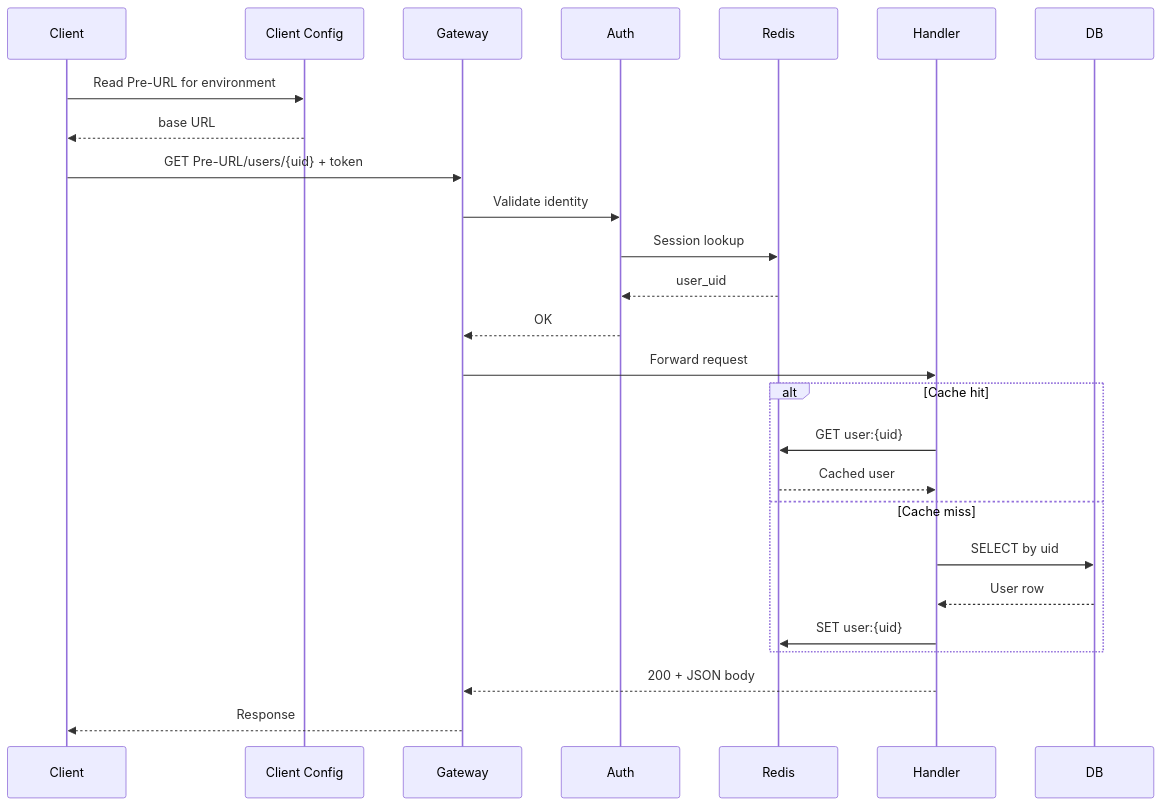
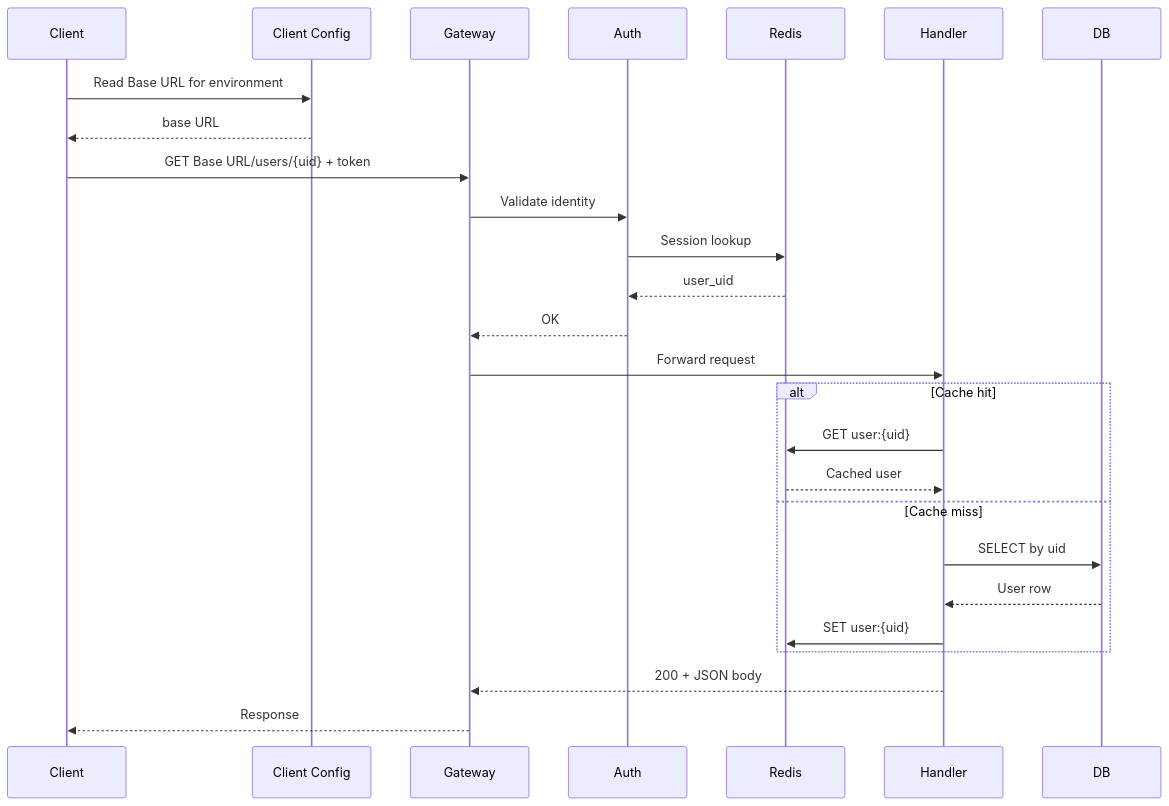
One commit to RohanYadav1812/system-design changed diagram 13 of 17 in HLD/HLD-LLD-Complete-Document.md. Above: the diagram before and after it, drawn with Mermaid. The commit also changed other lines of this file, not shown here.

Commit message:
Document pre-signed URLs, S3/Azure Blob usage, and Base URL distinction in HLD/LLD doc

````diff
--- a/HLD/HLD-LLD-Complete-Document.md
+++ b/HLD/HLD-LLD-Complete-Document.md
@@ -634,29 +802,29 @@
 ```mermaid
 sequenceDiagram
     participant Client
     participant Config as Client Config
     participant Gateway
     participant Auth
     participant Redis
     participant Handler
     participant DB
 
-    Client->>Config: Read Pre-URL for environment
+    Client->>Config: Read Base URL for environment
     Config-->>Client: base URL
-    Client->>Gateway: GET Pre-URL/users/{uid} + token
+    Client->>Gateway: GET Base URL/users/{uid} + token
     Gateway->>Auth: Validate identity
     Auth->>Redis: Session lookup
     Redis-->>Auth: user_uid
     Auth-->>Gateway: OK
     Gateway->>Handler: Forward request
     alt Cache hit
         Handler->>Redis: GET user:{uid}
         Redis-->>Handler: Cached user
     else Cache miss
         Handler->>DB: SELECT by uid
         DB-->>Handler: User row
         Handler->>Redis: SET user:{uid}
     end
     Handler-->>Gateway: 200 + JSON body
     Gateway-->>Client: Response
 ```
````
